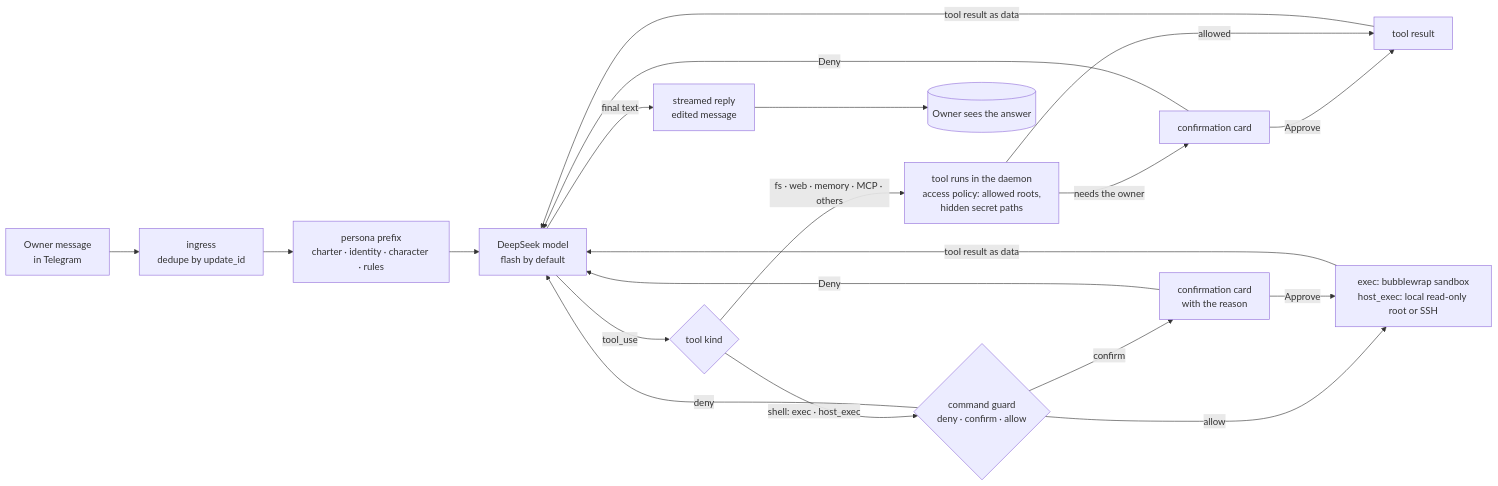
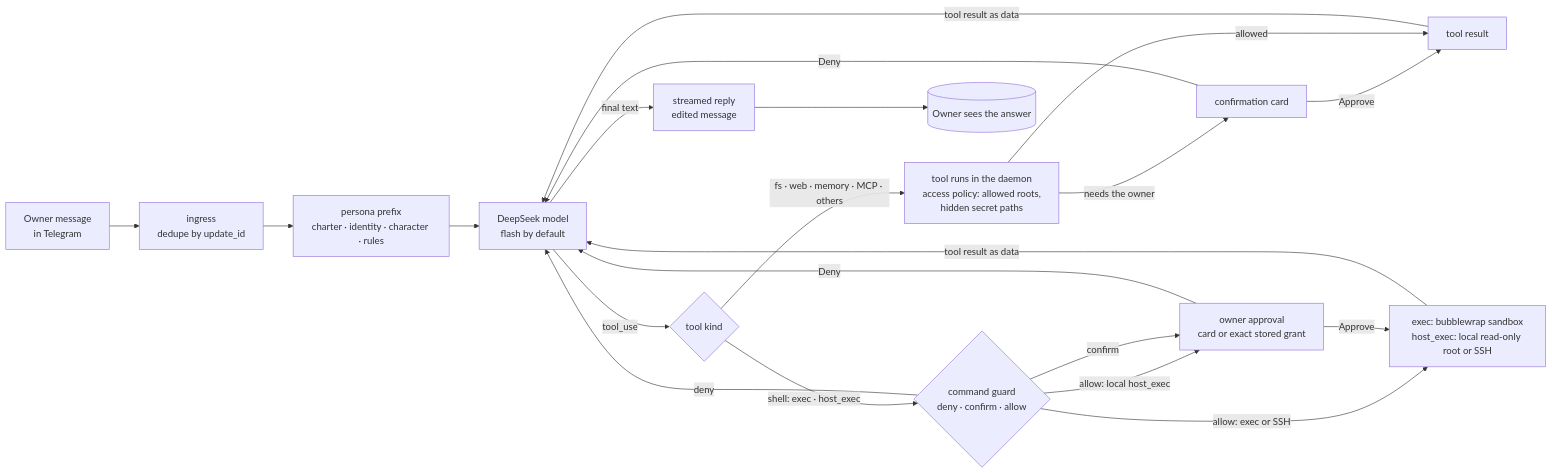
The second of 4 diagrams in README.md (gon7187/dshbot-agent), drawn with Mermaid before and after one commit. The commit also changed other lines of this file and 454 other files, not shown here.

````diff
--- a/README.md
+++ b/README.md
@@ -93,22 +94,23 @@
 ```mermaid
 flowchart LR
   MSG[Owner message<br/>in Telegram] --> ING[ingress<br/>dedupe by update_id]
   ING --> PFX[persona prefix<br/>charter · identity · character · rules]
   PFX --> MODEL[DeepSeek model<br/>flash by default]
   MODEL -->|tool_use| TOOL{tool kind}
   TOOL -->|shell: exec · host_exec| GUARD{command guard<br/>deny · confirm · allow}
-  GUARD -->|allow| RUNTOOL[exec: bubblewrap sandbox<br/>host_exec: local read-only root or SSH]
-  GUARD -->|confirm| CARD[confirmation card<br/>with the reason]
+  GUARD -->|allow: exec or SSH| RUNTOOL[exec: bubblewrap sandbox<br/>host_exec: local read-only root or SSH]
+  GUARD -->|allow: local host_exec| CARD
+  GUARD -->|confirm| CARD[owner approval<br/>card or exact stored grant]
   GUARD -->|deny| MODEL
   CARD -->|Approve| RUNTOOL
   CARD -->|Deny| MODEL
   TOOL -->|fs · web · memory · MCP · others| POLICY[tool runs in the daemon<br/>access policy: allowed roots,<br/>hidden secret paths]
   POLICY -->|needs the owner| CARD2[confirmation card]
   CARD2 -->|Approve| DIRECT[tool result]
   CARD2 -->|Deny| MODEL
   POLICY -->|allowed| DIRECT
   DIRECT -->|tool result as data| MODEL
   RUNTOOL -->|tool result as data| MODEL
   MODEL -->|final text| STREAM[streamed reply<br/>edited message]
   STREAM --> DONE[(Owner sees the answer)]
 ```
````
